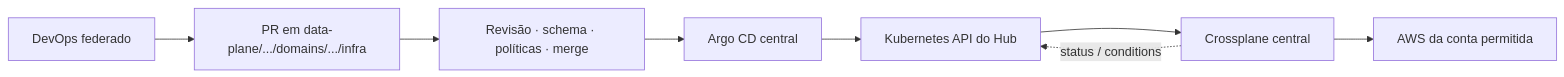
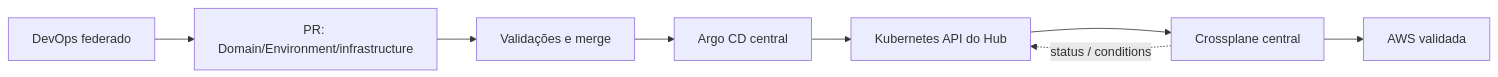
One commit to DavidFerreira21/platform-engineering-poc changed the second of 2 diagrams in docs/architecture.md. Above: the diagram before and after it, drawn with Mermaid. The commit also changed other lines of this file and 19 other files, not shown here.

Commit message:
docs: consolidar modelo Entity Environment Domain Capability

````diff
--- a/docs/architecture.md
+++ b/docs/architecture.md
@@ -161,10 +179,10 @@
 ```mermaid
 flowchart LR
-    D["DevOps federado"] --> PR["PR em data-plane/.../domains/.../infra"]
-    PR --> CHECK["Revisão · schema · políticas · merge"]
-    CHECK --> ACD["Argo CD central"]
-    ACD --> API["Kubernetes API do Hub"]
-    API --> XP["Crossplane central"]
-    XP --> AWS["AWS da conta permitida"]
-    XP -. "status / conditions" .-> API
+  D["DevOps federado"] --> G["PR: Domain/Environment/infrastructure"]
+  G --> V["Validações e merge"]
+  V --> CD["Argo CD central"]
+  CD --> API["Kubernetes API do Hub"]
+  API --> XP["Crossplane central"]
+  XP --> AWS["AWS validada"]
+  XP -. "status / conditions" .-> API
 ```
````
